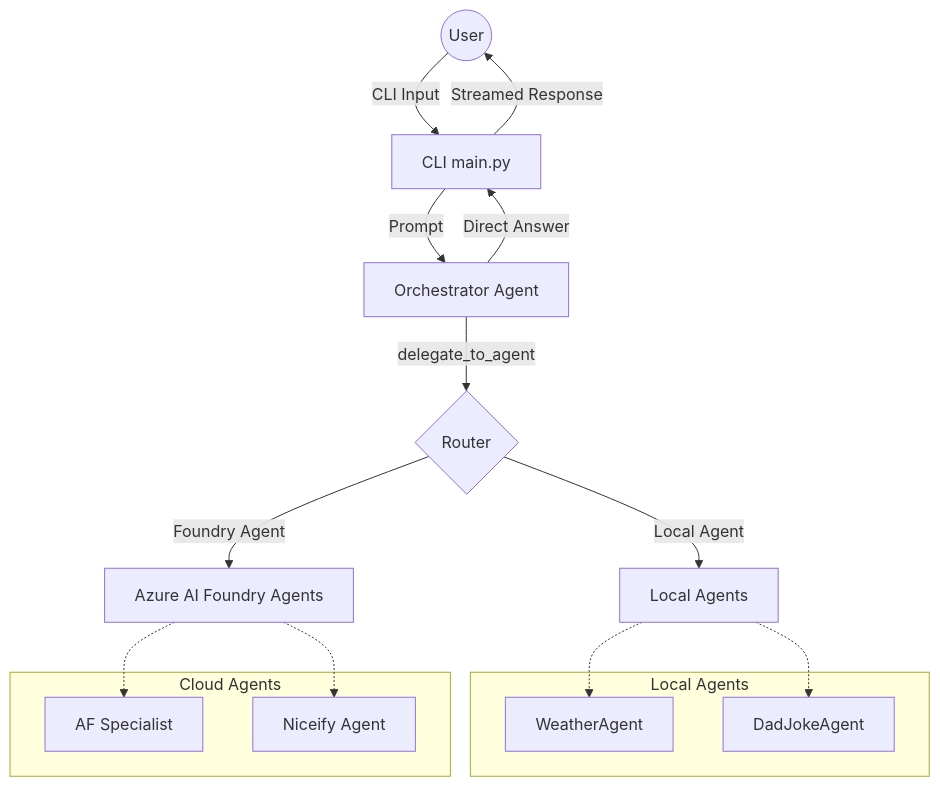
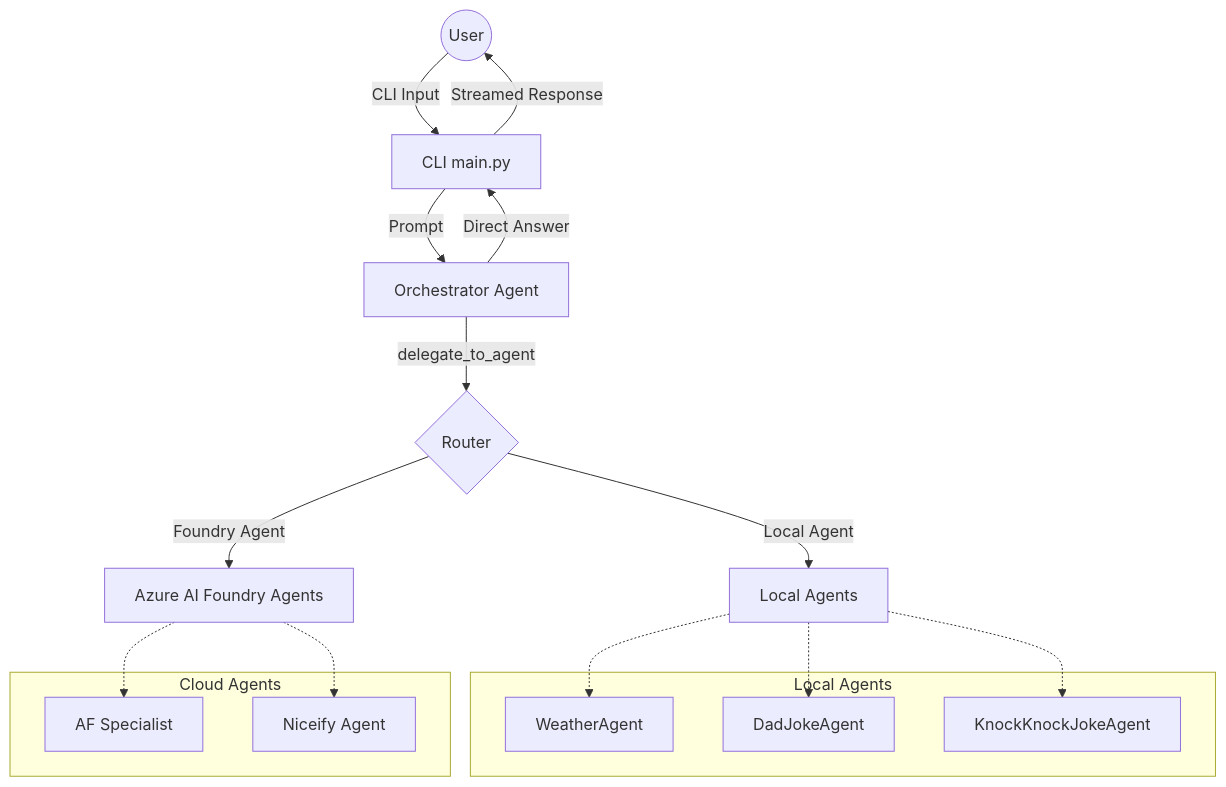
One commit to marlinspike/Foundry-Agent changed the diagram in README.md. Above: the diagram before and after it, drawn with Mermaid. The commit also changed other lines of this file and 3 other files, not shown here.

````diff
--- a/README.md
+++ b/README.md
@@ -9,26 +14,28 @@
 ```mermaid
 graph TD
     User((User)) -->|CLI Input| CLI[CLI main.py]
     CLI -->|Streamed Response| User
     CLI -->|Prompt| Orch[Orchestrator Agent]
     
     Orch -->|Direct Answer| CLI
     Orch -->|delegate_to_agent| Router{Router}
     
     Router -->|Local Agent| Local[Local Agents]
     Router -->|Foundry Agent| Foundry[Azure AI Foundry Agents]
     
     subgraph Local Agents
         Weather[WeatherAgent]
         Joke[DadJokeAgent]
+        KnockKnock[KnockKnockJokeAgent]
     end
     Local -.-> Weather
     Local -.-> Joke
+    Local -.-> KnockKnock
     
     subgraph Cloud Agents
         AF[AF Specialist]
         Niceify[Niceify Agent]
     end
     Foundry -.-> AF
     Foundry -.-> Niceify
 ```
````
